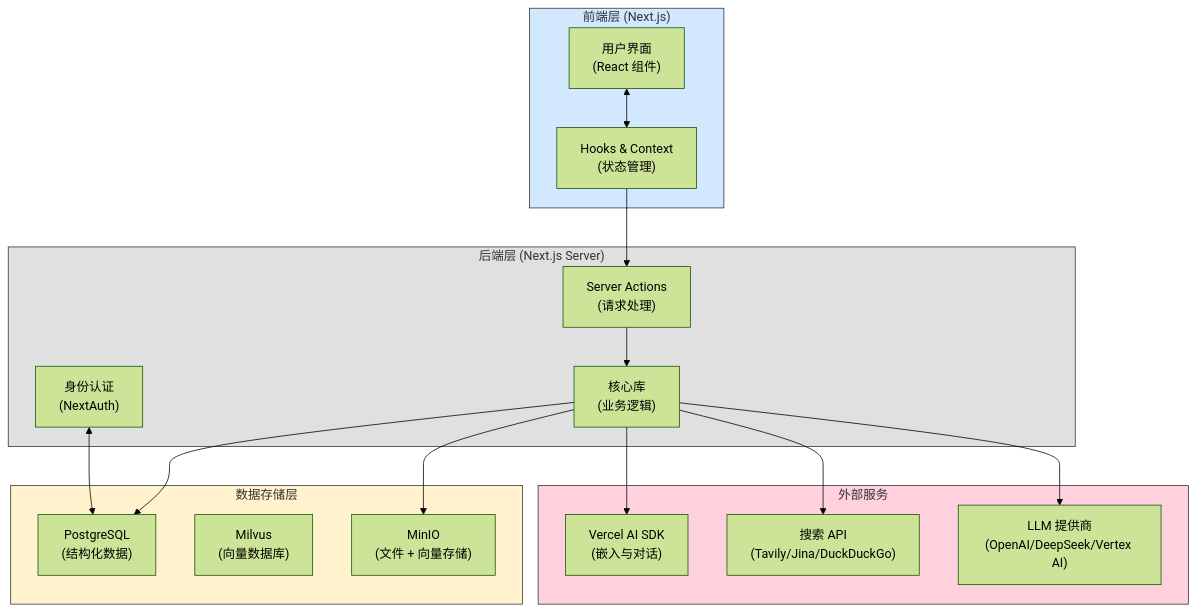
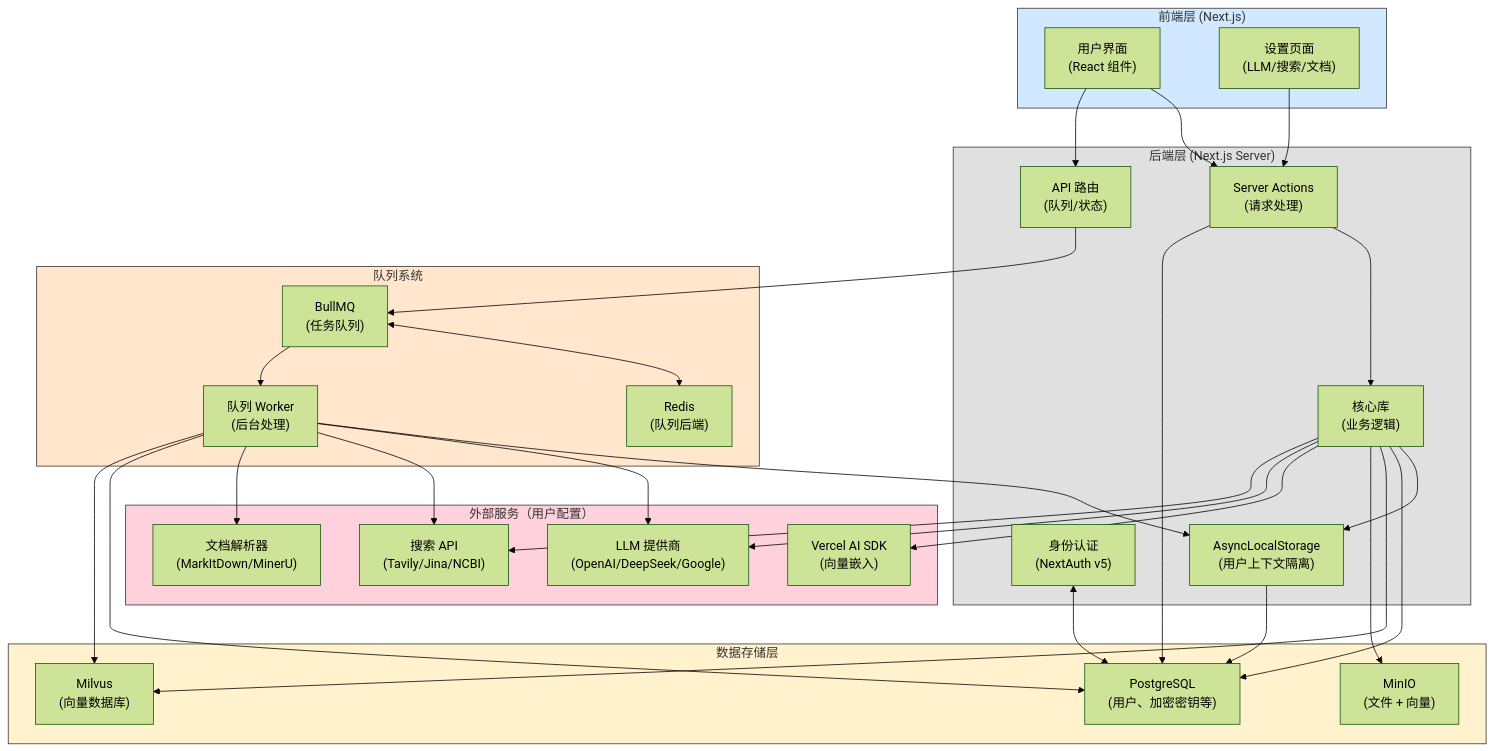
Before and after one commit to hint-lab/deepmed-search: the diagram in README.zh-CN.md, drawn with Mermaid (forest theme). The commit also changed 1 other file, not shown here.

Commit message:
modified:   README.md 	modified:   README.zh-CN.md

````diff
--- a/README.zh-CN.md
+++ b/README.zh-CN.md
@@ -99,47 +99,82 @@
 ```mermaid
 graph TD
     subgraph Frontend["前端层 (Next.js)"]
         UI["用户界面<br/>(React 组件)"]
-        Hooks["Hooks & Context<br/>(状态管理)"]
+        Settings["设置页面<br/>(LLM/搜索/文档)"]
     end
 
     subgraph Backend["后端层 (Next.js Server)"]
         Actions["Server Actions<br/>(请求处理)"]
+        API["API 路由<br/>(队列/状态)"]
         Lib["核心库<br/>(业务逻辑)"]
-        Auth["身份认证<br/>(NextAuth)"]
+        Auth["身份认证<br/>(NextAuth v5)"]
+        Context["AsyncLocalStorage<br/>(用户上下文隔离)"]
+    end
+
+    subgraph Queue["队列系统"]
+        BullMQ["BullMQ<br/>(任务队列)"]
+        Worker["队列 Worker<br/>(后台处理)"]
+        Redis["Redis<br/>(队列后端)"]
     end
 
     subgraph Storage["数据存储层"]
-        PG["PostgreSQL<br/>(结构化数据)"]
+        PG["PostgreSQL<br/>(用户、加密密钥等)"]
         Milvus["Milvus<br/>(向量数据库)"]
-        Files["MinIO<br/>(文件 + 向量存储)"]
+        MinIO["MinIO<br/>(文件 + 向量)"]
     end
 
-    subgraph External["外部服务"]
-        AISDK["Vercel AI SDK<br/>(嵌入与对话)"]
-        SearchAPI["搜索 API<br/>(Tavily/Jina/DuckDuckGo)"]
-        LLMProviders["LLM 提供商<br/>(OpenAI/DeepSeek/Vertex AI)"]
+    subgraph External["外部服务（用户配置）"]
+        LLMProviders["LLM 提供商<br/>(OpenAI/DeepSeek/Google)"]
+        SearchAPI["搜索 API<br/>(Tavily/Jina/NCBI)"]
+        DocParser["文档解析器<br/>(MarkItDown/MinerU)"]
+        AISDK["Vercel AI SDK<br/>(向量嵌入)"]
     end
 
-    %% 连接关系
-    UI <--> Hooks
-    Hooks --> Actions
+    %% 前端连接
+    UI --> Actions
+    UI --> API
+    Settings --> Actions
+
+    %% 后端连接
     Actions --> Lib
+    API --> BullMQ
+    Actions --> PG
+    Auth <--> PG
+    Lib --> Context
+    
+    %% 队列连接
+    BullMQ <--> Redis
+    BullMQ --> Worker
+    Worker --> Context
+    Context --> PG
+    
+    %% Worker 到外部服务
+    Worker --> LLMProviders
+    Worker --> SearchAPI
+    Worker --> DocParser
+    
+    %% 存储连接
     Lib --> PG
-    Lib --> Files
+    Lib --> Milvus
+    Lib --> MinIO
+    Worker --> PG
+    Worker --> Milvus
+    
+    %% 外部服务连接
     Lib --> AISDK
+    Lib --> LLMProviders
     Lib --> SearchAPI
-    Lib --> LLMProviders
-    Auth <--> PG
 
     %% 样式
     classDef frontend fill:#D1E8FF,stroke:#333
     classDef backend fill:#E0E0E0,stroke:#333
+    classDef queue fill:#FFE6CC,stroke:#333
     classDef database fill:#FFF2CC,stroke:#333
     classDef external fill:#FFD1DC,stroke:#333
 
     class Frontend frontend
     class Backend backend
+    class Queue queue
     class Storage database
     class External external
 ```
````
